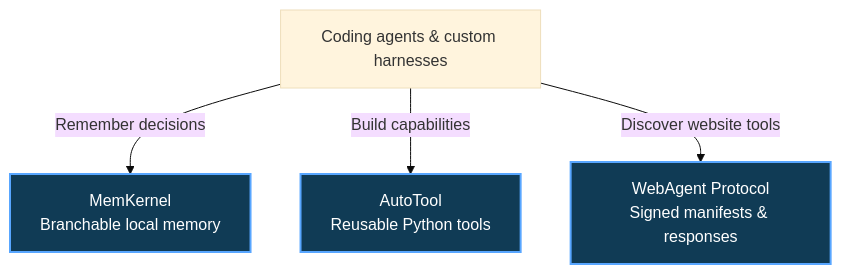
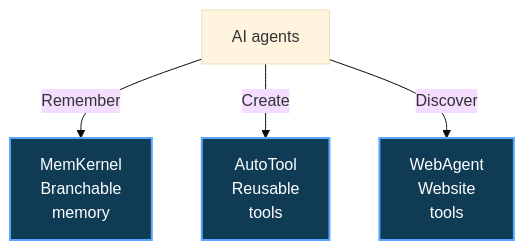
One commit to varadganjoo/varadganjoo changed the diagram in README.md. Above: the diagram before and after it, drawn with Mermaid (base theme).

Commit message:
Keep profile architecture diagram compact and balanced

````diff
--- a/README.md
+++ b/README.md
@@ -13,10 +13,10 @@
 ```mermaid
 flowchart TB
-    agent["Coding agents & custom harnesses"]
-    agent -->|"Remember decisions"| memory["MemKernel<br/>Branchable local memory"]
-    agent -->|"Build capabilities"| tools["AutoTool<br/>Reusable Python tools"]
-    agent -->|"Discover website tools"| web["WebAgent Protocol<br/>Signed manifests & responses"]
+    agent["AI agents"]
+    agent -->|"Remember"| memory["MemKernel<br/>Branchable<br/>memory"]
+    agent -->|"Create"| tools["AutoTool<br/>Reusable<br/>tools"]
+    agent -->|"Discover"| web["WebAgent<br/>Website<br/>tools"]
 
     classDef library fill:#103b55,stroke:#58a6ff,color:#ffffff,stroke-width:2px;
     class memory,tools,web library;
 ```
````
